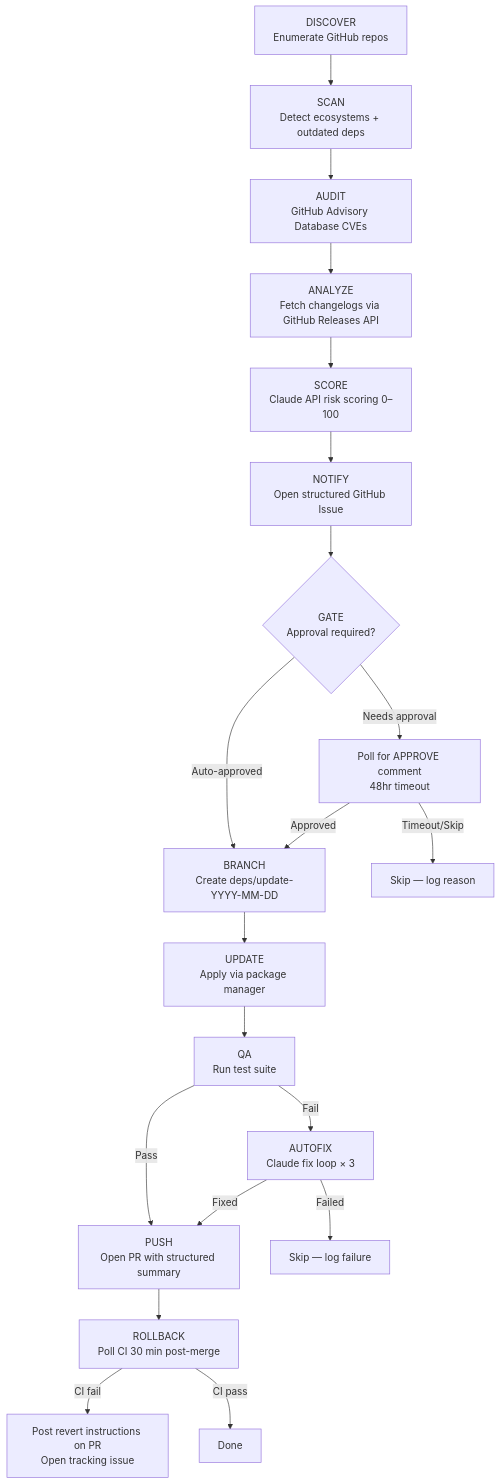
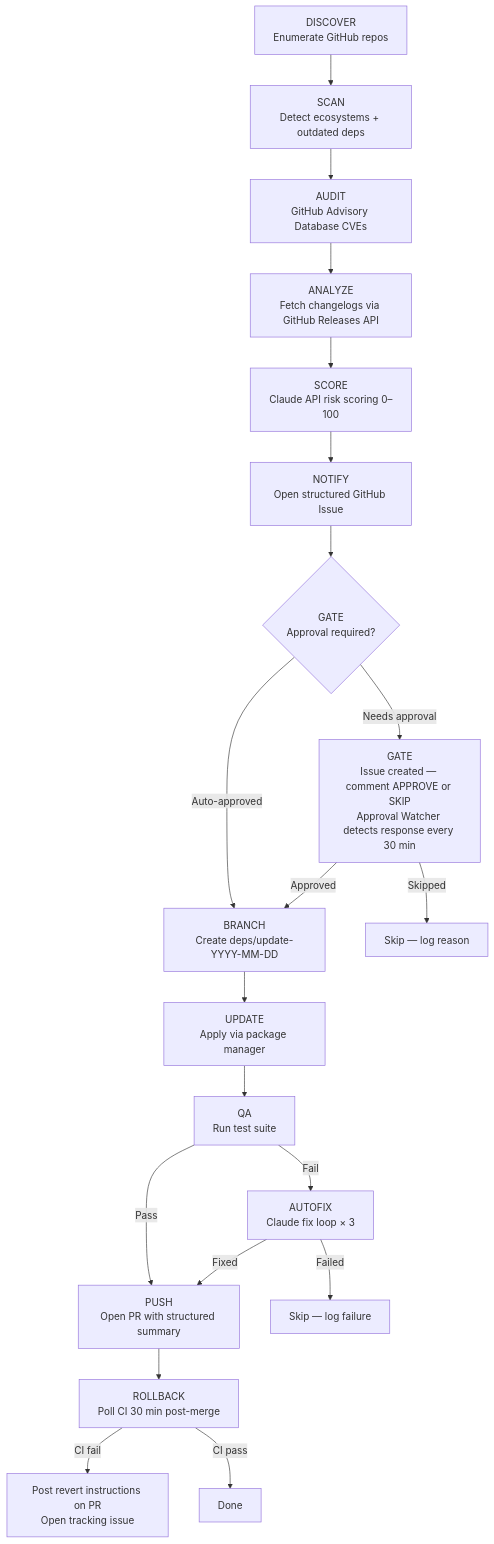
The diagram in README.md (tomd0627/project-dependency-workflow), drawn with Mermaid before and after one commit. The commit also changed other lines of this file and 3 other files, not shown here.

First line of the commit message:
feat(watcher): add approval watcher to automate approve-to-PR flow

````diff
--- a/README.md
+++ b/README.md
@@ -13,22 +13,22 @@
 ```mermaid
 flowchart TD
     A[DISCOVER\nEnumerate GitHub repos] --> B[SCAN\nDetect ecosystems + outdated deps]
     B --> C[AUDIT\nGitHub Advisory Database CVEs]
     C --> D[ANALYZE\nFetch changelogs via GitHub Releases API]
     D --> E[SCORE\nClaude API risk scoring 0–100]
     E --> F[NOTIFY\nOpen structured GitHub Issue]
     F --> G{GATE\nApproval required?}
     G -- Auto-approved --> H[BRANCH\nCreate deps/update-YYYY-MM-DD]
-    G -- Needs approval --> G2[Poll for APPROVE comment\n48hr timeout]
+    G -- Needs approval --> G2[GATE\nIssue created — comment APPROVE or SKIP\nApproval Watcher detects response every 30 min]
     G2 -- Approved --> H
-    G2 -- Timeout/Skip --> Z[Skip — log reason]
+    G2 -- Skipped --> Z[Skip — log reason]
     H --> I[UPDATE\nApply via package manager]
     I --> J[QA\nRun test suite]
     J -- Pass --> K[PUSH\nOpen PR with structured summary]
     J -- Fail --> L[AUTOFIX\nClaude fix loop × 3]
     L -- Fixed --> K
     L -- Failed --> Z2[Skip — log failure]
     K --> M[ROLLBACK\nPoll CI 30 min post-merge]
     M -- CI fail --> N[Post revert instructions on PR\nOpen tracking issue]
     M -- CI pass --> O[Done]
 ```
````
